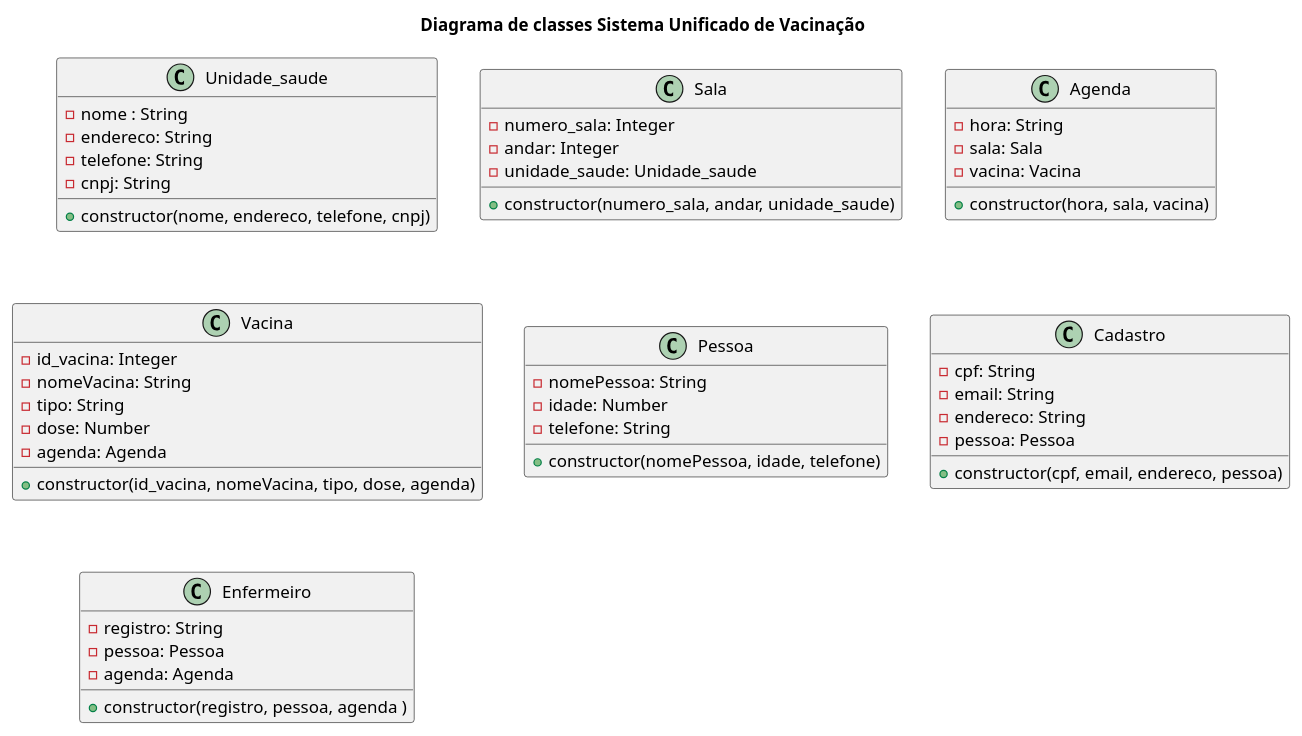
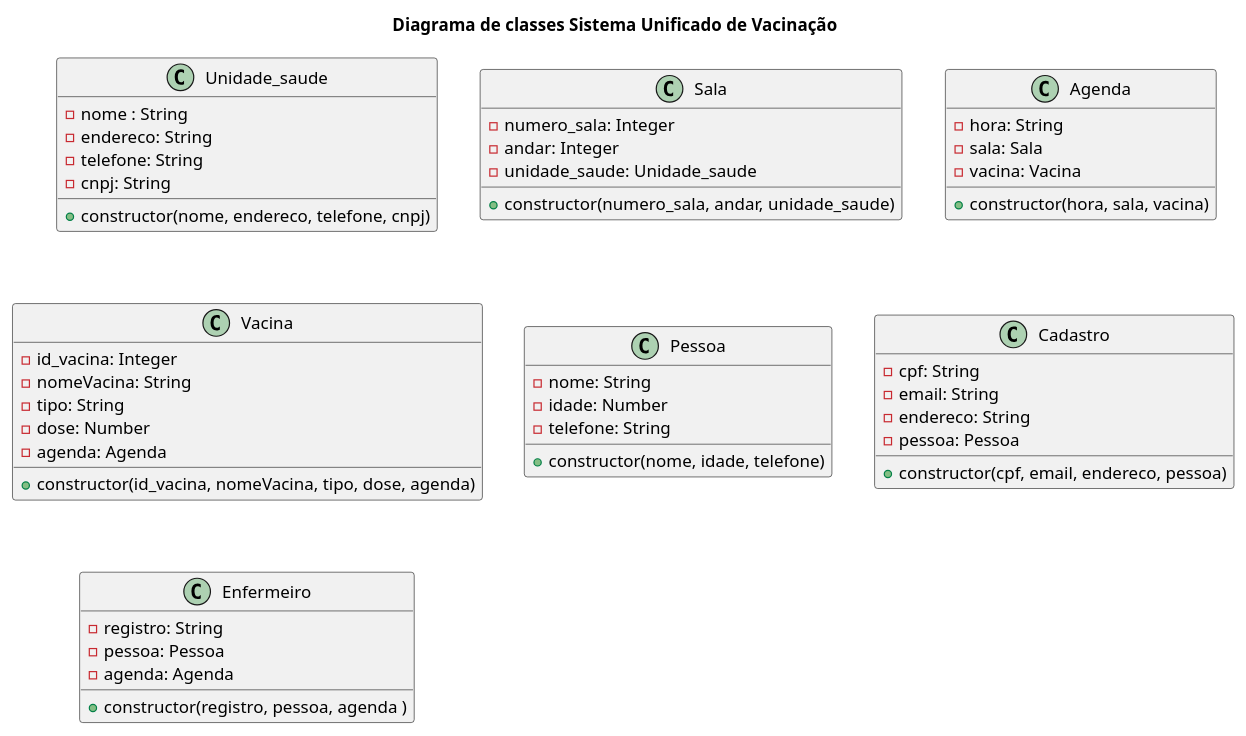
Before and after one commit to anleaes/2022-1-N2-POO-01: the diagram in diagrama_classe.plantuml, drawn with PlantUML.

Commit message:
atualizacao da classe pessoa

```diff
--- a/diagrama_classe.plantuml
+++ b/diagrama_classe.plantuml
@@ -1,61 +1,61 @@
 @startuml
 
 title Diagrama de classes Sistema Unificado de Vacinação
 
 class Unidade_saude{
     - nome : String
     - endereco: String
     - telefone: String
     - cnpj: String
     + constructor(nome, endereco, telefone, cnpj)
 }
 
 class Sala{
     - numero_sala: Integer
     - andar: Integer
     - unidade_saude: Unidade_saude 
     + constructor(numero_sala, andar, unidade_saude)
 }
 
 class Agenda{
     - hora: String
     - sala: Sala
     - vacina: Vacina
     + constructor(hora, sala, vacina)
 }
 
 
 Class Vacina{
     - id_vacina: Integer
     - nomeVacina: String
     - tipo: String
     - dose: Number
     - agenda: Agenda
     + constructor(id_vacina, nomeVacina, tipo, dose, agenda)
 }
 
 class Pessoa{
-    - nomePessoa: String
+    - nome: String
     - idade: Number
     - telefone: String
-    + constructor(nomePessoa, idade, telefone)
+    + constructor(nome, idade, telefone)
 }
 
 class Cadastro {
     - cpf: String
     - email: String
     - endereco: String
     - pessoa: Pessoa
     + constructor(cpf, email, endereco, pessoa)
 }
 
 class Enfermeiro {
     - registro: String
     - pessoa: Pessoa
     - agenda: Agenda
     + constructor(registro, pessoa, agenda )
 }
 
 
 
 @enduml
```
